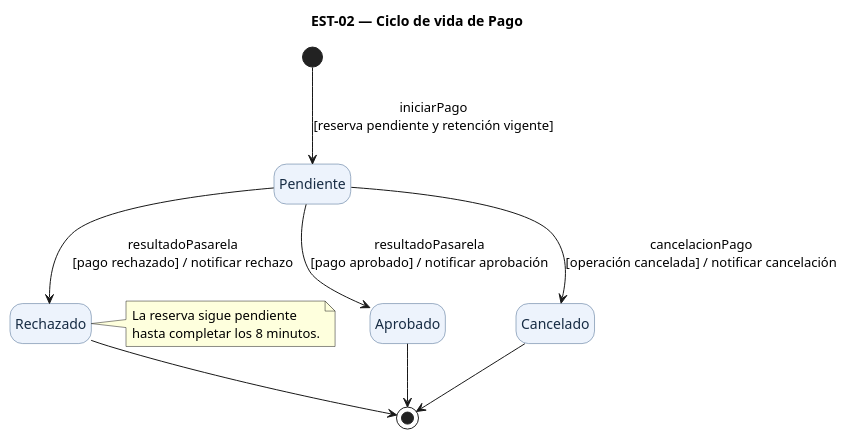
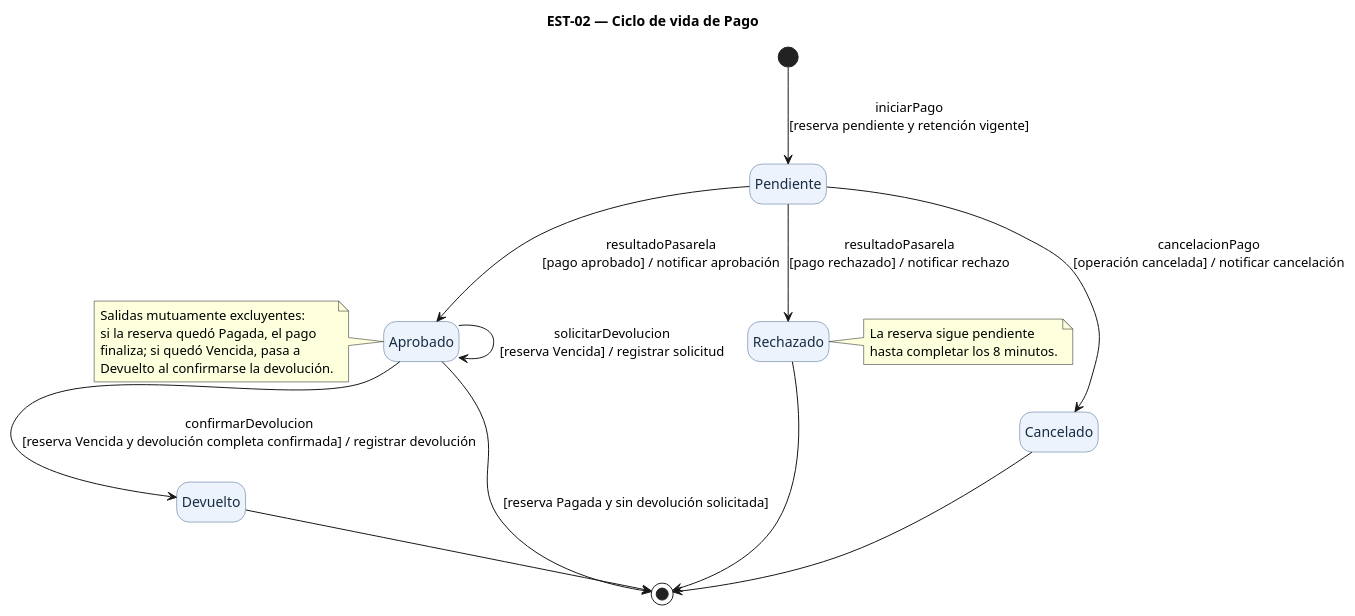
Before and after one commit to IngReqGrupo2/Proyecto_TransporteHaciaConcierto: the diagram in diagramas/est-02.puml, drawn with PlantUML. The commit also changed other lines of this file and 12 other files, not shown here.

Commit message:
docs: actualizar documentación e imágenes de diagramas

```diff
--- a/diagramas/est-02.puml
+++ b/diagramas/est-02.puml
@@ -1,30 +2,42 @@
 @startuml
 title EST-02 — Ciclo de vida de Pago
 skinparam backgroundColor white
 skinparam shadowing false
 skinparam state {
   BackgroundColor #EDF3FC
   BorderColor #42658C
   FontColor #172C44
 }
 hide empty description
 
 state "Pendiente" as Pendiente
 state "Aprobado" as Aprobado
 state "Rechazado" as Rechazado
 state "Cancelado" as Cancelado
+state "Devuelto" as Devuelto
 
 [*] --> Pendiente : iniciarPago\n[reserva pendiente y retención vigente]
 Pendiente --> Aprobado : resultadoPasarela\n[pago aprobado] / notificar aprobación
 Pendiente --> Rechazado : resultadoPasarela\n[pago rechazado] / notificar rechazo
 Pendiente --> Cancelado : cancelacionPago\n[operación cancelada] / notificar cancelación
 
-Aprobado --> [*]
+Aprobado --> Aprobado : solicitarDevolucion\n[reserva Vencida] / registrar solicitud
+Aprobado --> Devuelto : confirmarDevolucion\n[reserva Vencida y devolución completa confirmada] / registrar devolución
+Aprobado --> [*] : [reserva Pagada y sin devolución solicitada]
+
+Devuelto --> [*]
+
+note left of Aprobado
+  Salidas mutuamente excluyentes:
+  si la reserva quedó Pagada, el pago
+  finaliza; si quedó Vencida, pasa a
+  Devuelto al confirmarse la devolución.
+end note
 Rechazado --> [*]
 Cancelado --> [*]
 
 note right of Rechazado
   La reserva sigue pendiente
   hasta completar los 8 minutos.
 end note
 @enduml
```
